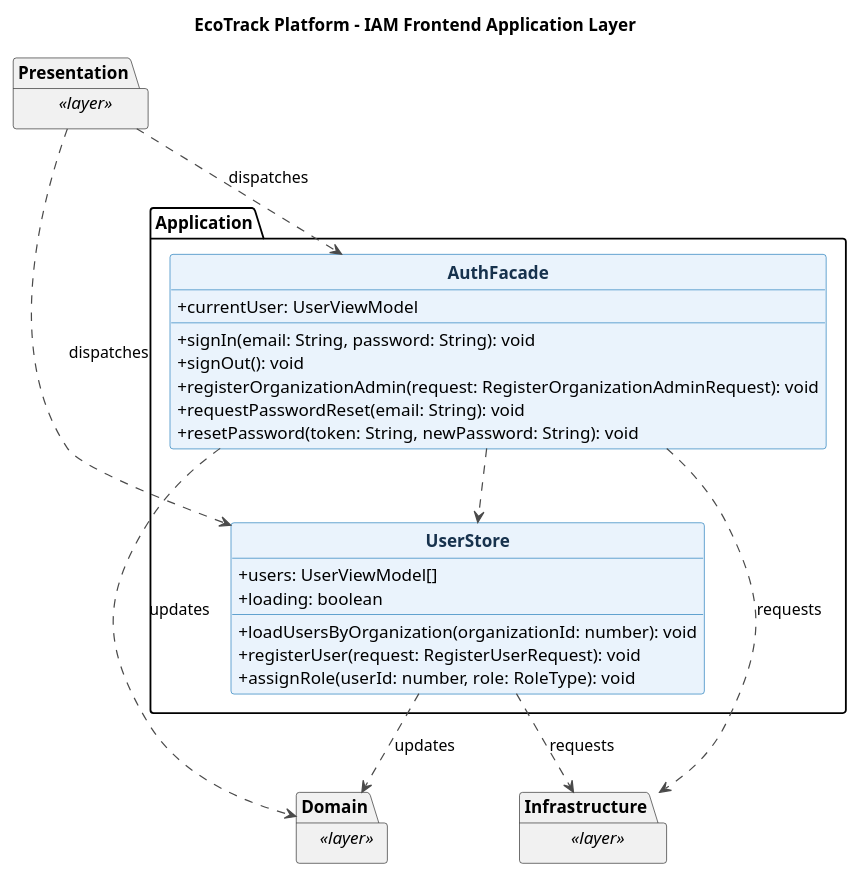
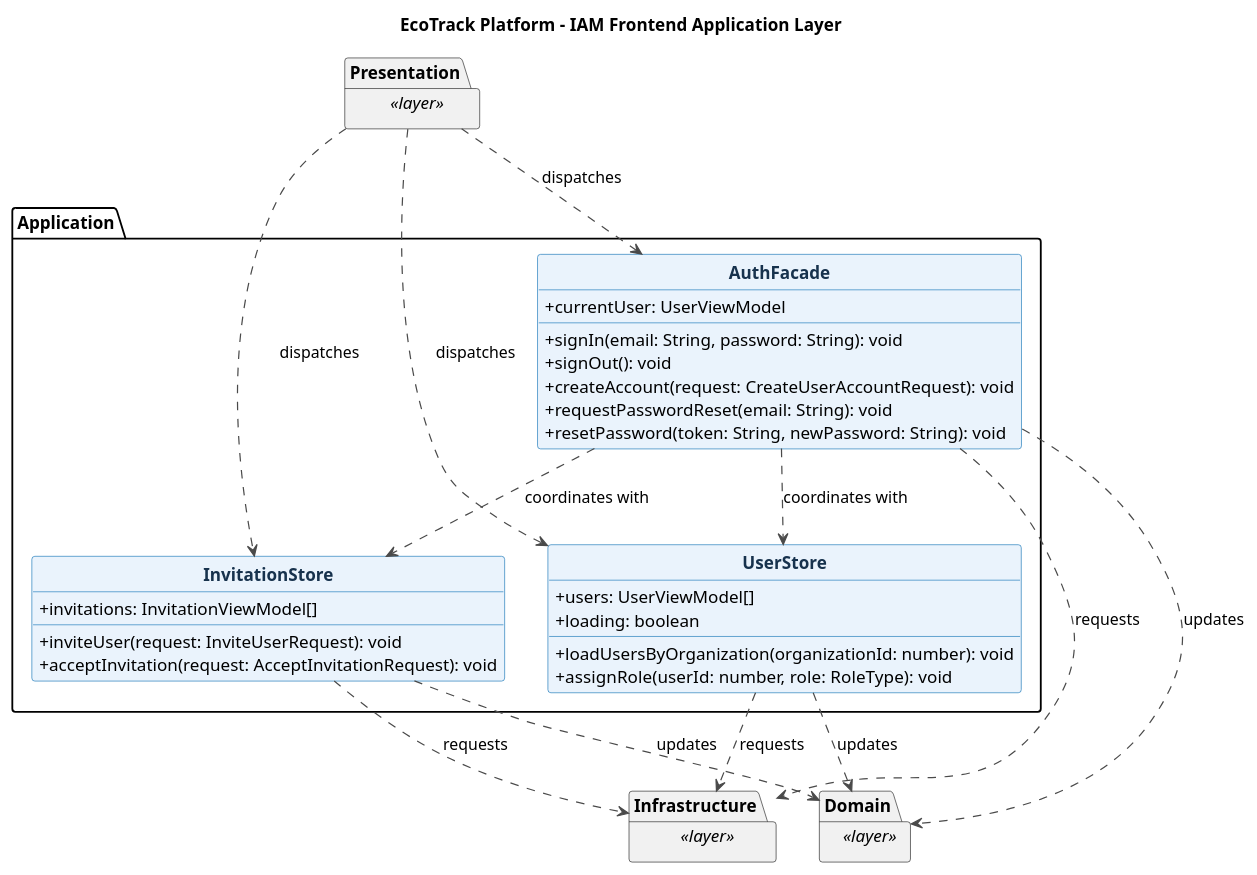
One commit to Horizon-OpenSource/report changed the diagram in docs/diagrams/class/frontend/ecotrack-iam-frontend-application-layer-class-diagram.puml. Above: the diagram before and after it, drawn with PlantUML. The commit also changed 148 other files, not shown here.

Commit message:
docs: add class diagrams for all bounded contexts and update database diagram

```diff
--- a/docs/diagrams/class/frontend/ecotrack-iam-frontend-application-layer-class-diagram.puml
+++ b/docs/diagrams/class/frontend/ecotrack-iam-frontend-application-layer-class-diagram.puml
@@ -1,50 +1,59 @@
 @startuml
 title EcoTrack Platform - IAM Frontend Application Layer
 skinparam backgroundColor #FFFFFF
 skinparam shadowing false
 skinparam classAttributeIconSize 0
 skinparam classFontStyle bold
 skinparam class {
   BackgroundColor #EAF3FC
   BorderColor #0B6FB3
   ArrowColor #4A4A4A
   FontColor #17324D
 }
 hide circle
 
 package "Application" {
   class AuthFacade {
     +currentUser: UserViewModel
     +signIn(email: String, password: String): void
     +signOut(): void
-    +registerOrganizationAdmin(request: RegisterOrganizationAdminRequest): void
+    +createAccount(request: CreateUserAccountRequest): void
     +requestPasswordReset(email: String): void
     +resetPassword(token: String, newPassword: String): void
   }
 
   class UserStore {
     +users: UserViewModel[]
     +loading: boolean
     +loadUsersByOrganization(organizationId: number): void
-    +registerUser(request: RegisterUserRequest): void
     +assignRole(userId: number, role: RoleType): void
   }
 
-  AuthFacade ..> UserStore
+  class InvitationStore {
+    +invitations: InvitationViewModel[]
+    +inviteUser(request: InviteUserRequest): void
+    +acceptInvitation(request: AcceptInvitationRequest): void
+  }
+
+  AuthFacade ..> UserStore : coordinates with
+  AuthFacade ..> InvitationStore : coordinates with
 }
 
 package "Presentation" as Frontend_iam_Presentation <<layer>> {
 }
 package "Domain" as Frontend_iam_Domain <<layer>> {
 }
 package "Infrastructure" as Frontend_iam_Infrastructure <<layer>> {
 }
 
 Frontend_iam_Presentation ..> AuthFacade : dispatches
 Frontend_iam_Presentation ..> UserStore : dispatches
+Frontend_iam_Presentation ..> InvitationStore : dispatches
 AuthFacade ..> Frontend_iam_Domain : updates
 UserStore ..> Frontend_iam_Domain : updates
+InvitationStore ..> Frontend_iam_Domain : updates
 AuthFacade ..> Frontend_iam_Infrastructure : requests
 UserStore ..> Frontend_iam_Infrastructure : requests
+InvitationStore ..> Frontend_iam_Infrastructure : requests
 
 @enduml
```
